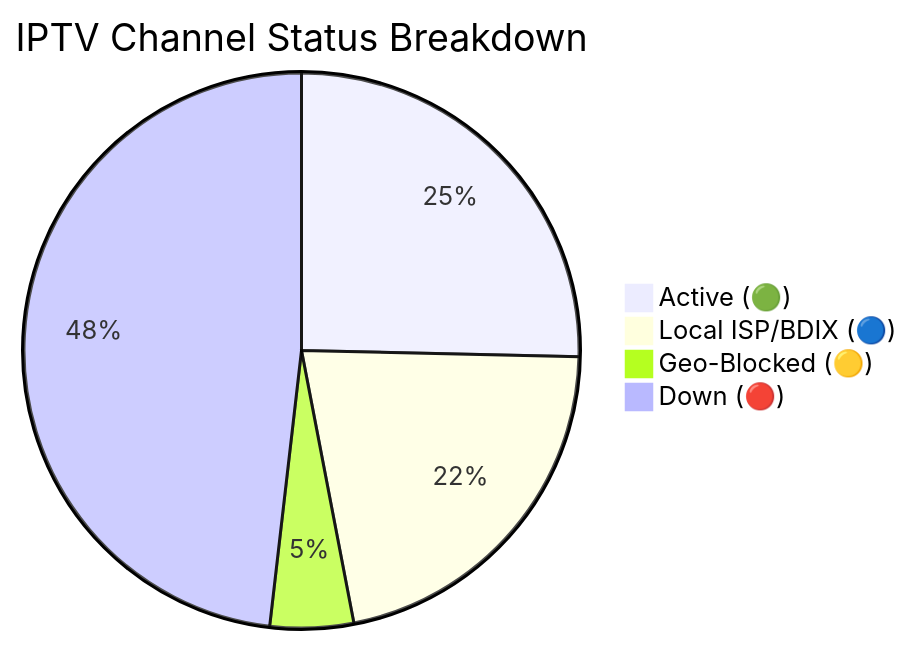
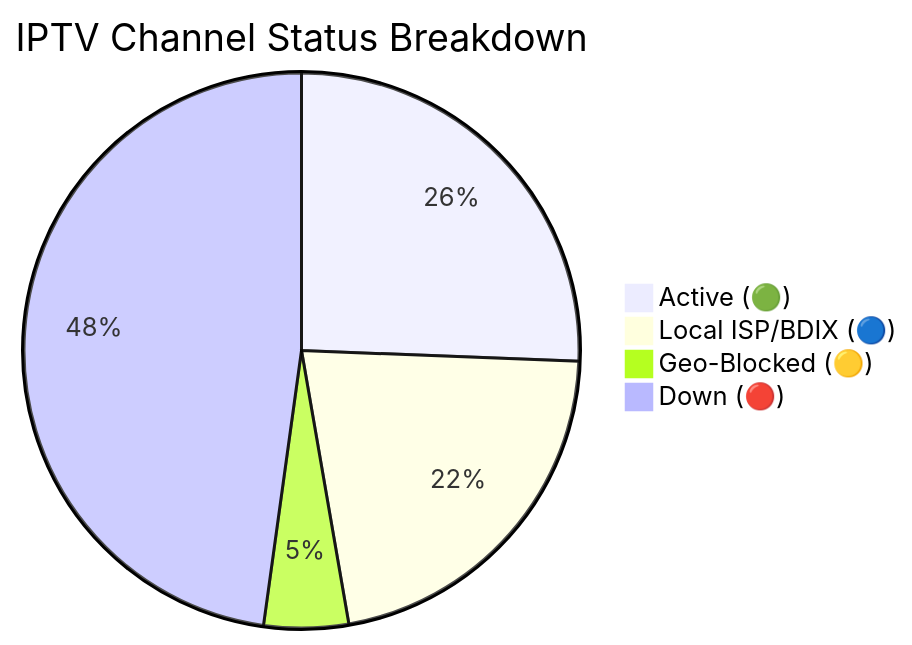
One commit to Zaman-Topu/Ip-tv-Collection changed the diagram in README.md. Above: the diagram before and after it, drawn with Mermaid. The commit also changed other lines of this file and 6 other files, not shown here.

````diff
--- a/README.md
+++ b/README.md
@@ -118,7 +118,7 @@
 ```mermaid
 pie title IPTV Channel Status Breakdown
-    "Active (🟢)" : 10507
+    "Active (🟢)" : 10605
     "Local ISP/BDIX (🔵)" : 8962
-    "Geo-Blocked (🟡)" : 2011
-    "Down (🔴)" : 19964
+    "Geo-Blocked (🟡)" : 2036
+    "Down (🔴)" : 19792
 ```
````
